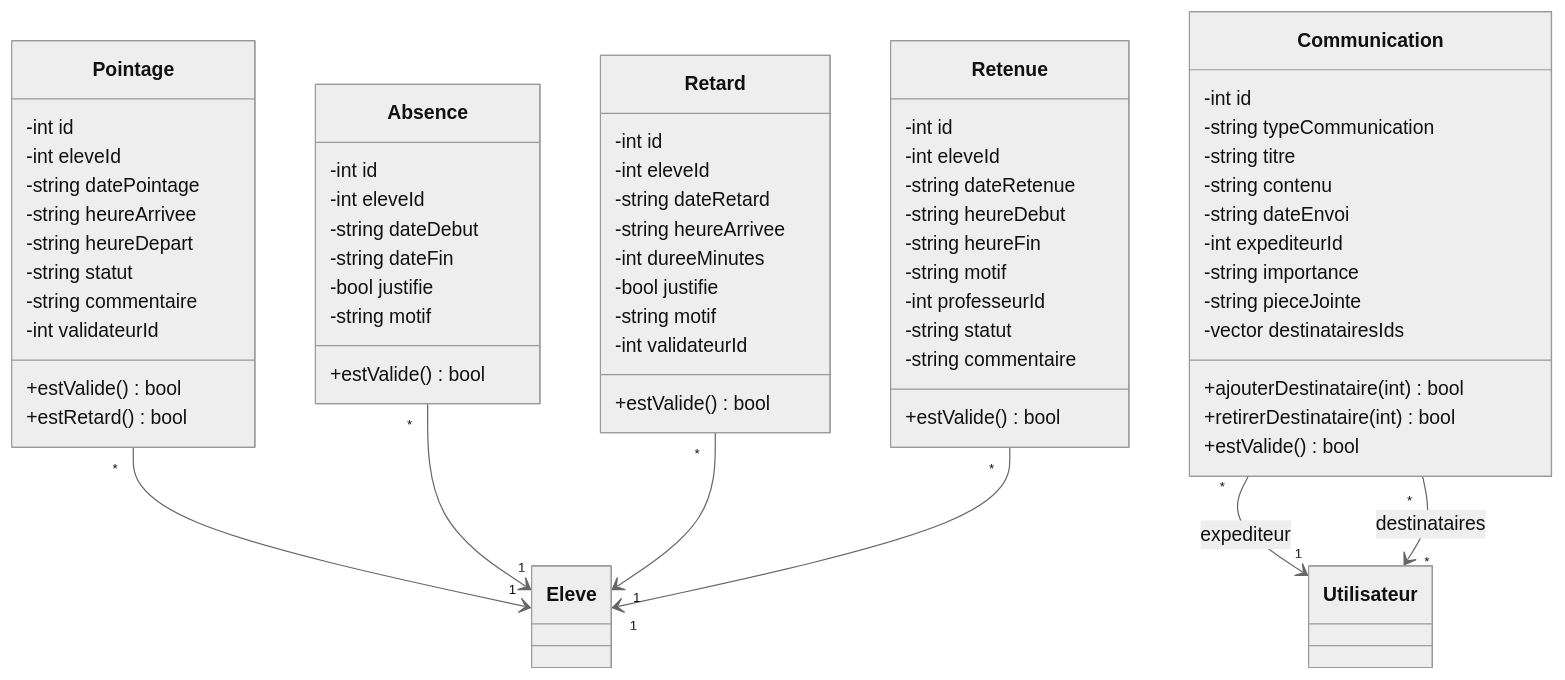
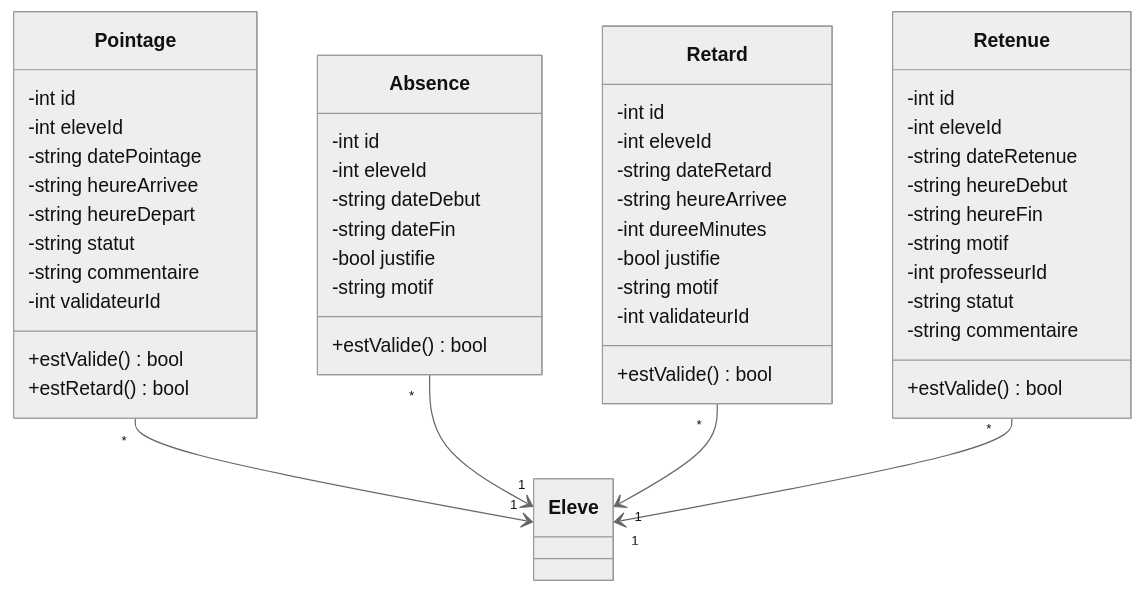
Before and after one commit to sorooty/PROJET-ECOSYSTEM-ERP: the third of 4 diagrams in README.md, drawn with Mermaid (neutral theme). The commit also changed other lines of this file and 1 other file, not shown here.

Commit message:
Mini changes

````diff
--- a/README.md
+++ b/README.md
@@ -407,72 +419,55 @@
 ```mermaid
 classDiagram
     class Pointage {
         -int id
         -int eleveId
         -string datePointage
         -string heureArrivee
         -string heureDepart
         -string statut
         -string commentaire
         -int validateurId
         +estValide() bool
         +estRetard() bool
     }
 
     class Absence {
         -int id
         -int eleveId
         -string dateDebut
         -string dateFin
         -bool justifie
         -string motif
         +estValide() bool
     }
 
     class Retard {
         -int id
         -int eleveId
         -string dateRetard
         -string heureArrivee
         -int dureeMinutes
         -bool justifie
         -string motif
         -int validateurId
         +estValide() bool
     }
 
     class Retenue {
         -int id
         -int eleveId
         -string dateRetenue
         -string heureDebut
         -string heureFin
         -string motif
         -int professeurId
         -string statut
         -string commentaire
         +estValide() bool
     }
 
-    class Communication {
-        -int id
-        -string typeCommunication
-        -string titre
-        -string contenu
-        -string dateEnvoi
-        -int expediteurId
-        -string importance
-        -string pieceJointe
-        -vector<int> destinatairesIds
-        +ajouterDestinataire(int) bool
-        +retirerDestinataire(int) bool
-        +estValide() bool
-    }
-
     Pointage "*" --> "1" Eleve
     Absence "*" --> "1" Eleve
     Retard "*" --> "1" Eleve
     Retenue "*" --> "1" Eleve
-    Communication "*" --> "1" Utilisateur : expediteur
-    Communication "*" --> "*" Utilisateur : destinataires
 ```
````
